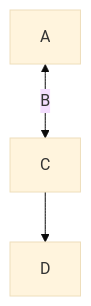
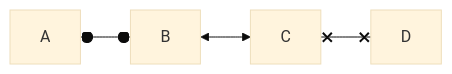
The second of 4 diagrams in markdown-fun.md (dziban303/dziban303.github.io), drawn with Mermaid (base theme) before and after one commit. The commit also changed other lines of this file, not shown here.

````diff
--- a/markdown-fun.md
+++ b/markdown-fun.md
@@ -52,4 +80,6 @@
 ```mermaid
-graph TD;
-    A<--B-->C-->D;
+graph LR;
+    A o--o B
+    B <--> C
+    C x--x D
 ```
````
